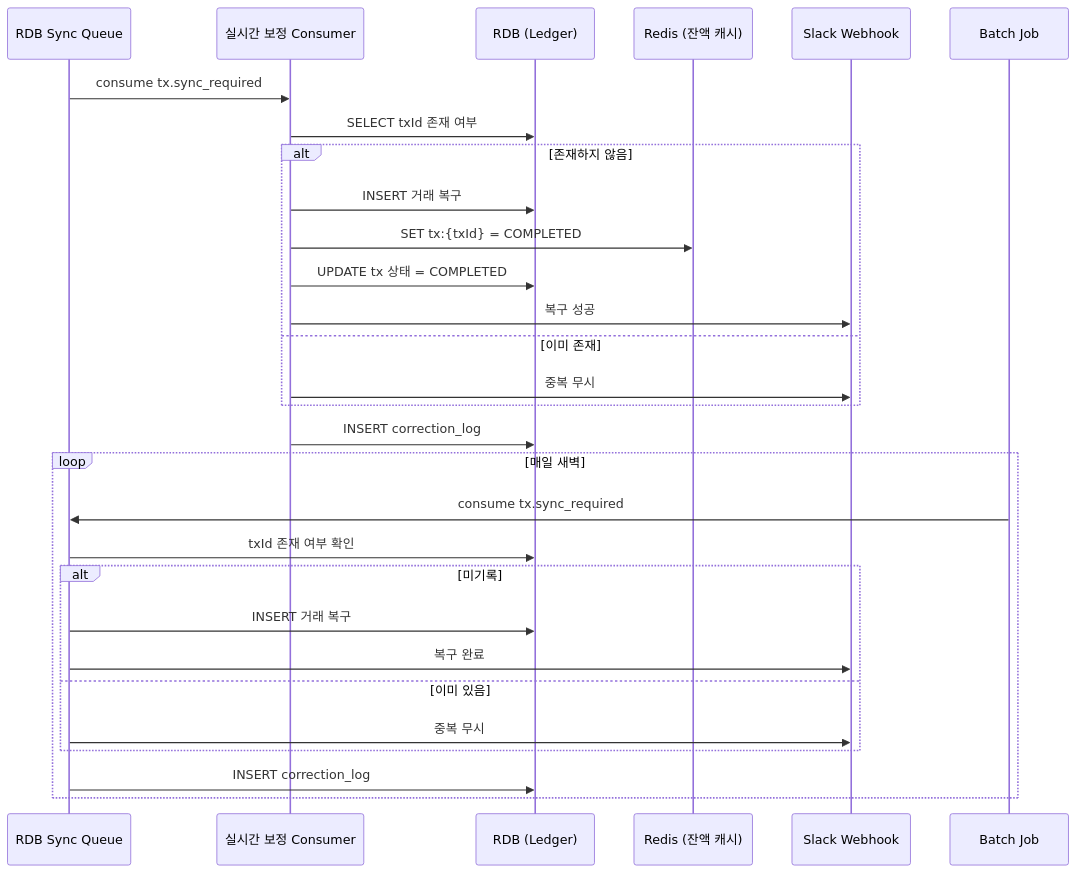
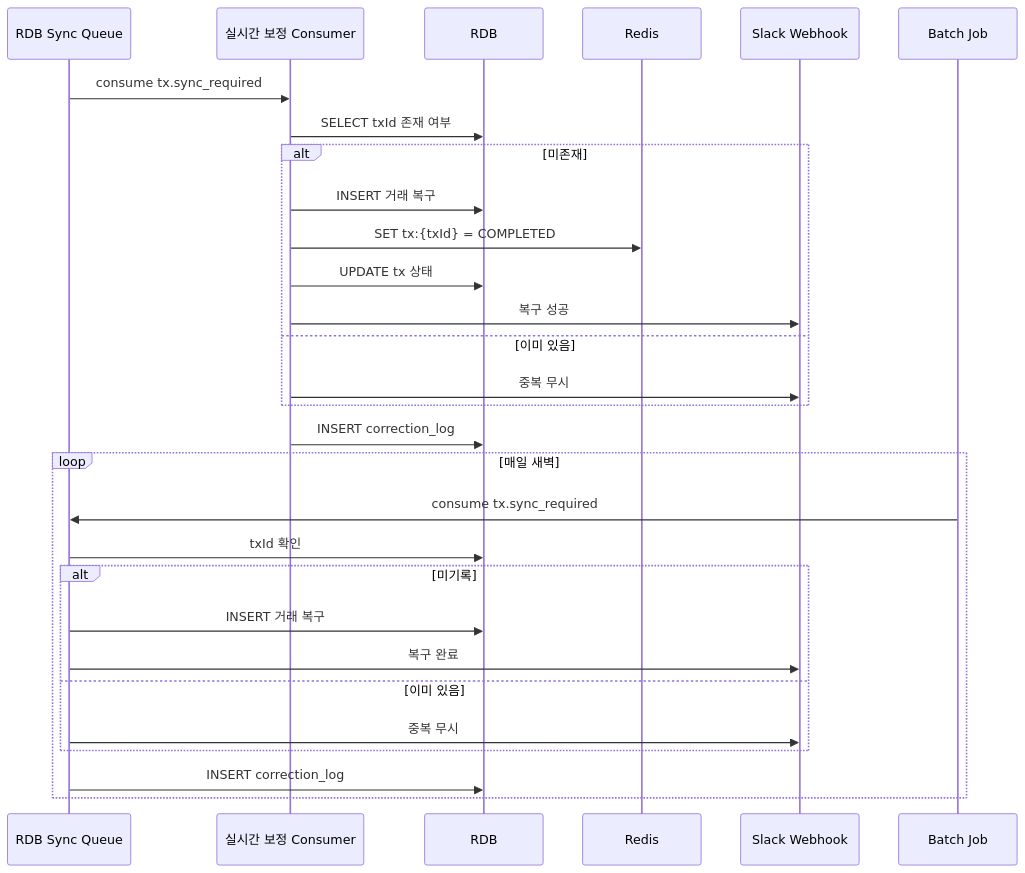
One commit to hyungkishin/FDS-System changed the sixth of 7 diagrams in GUIDE.md. Above: the diagram before and after it, drawn with Mermaid. The commit also changed other lines of this file, not shown here.

Commit message:
refactor: 시퀀스 다이어그램 단계별 분리

````diff
--- a/GUIDE.md
+++ b/GUIDE.md
@@ -153,33 +168,33 @@
 ```mermaid
 sequenceDiagram
     participant SyncQ as RDB Sync Queue
     participant SyncConsumer as 실시간 보정 Consumer
-    participant RDB as RDB (Ledger)
-    participant Redis as Redis (잔액 캐시)
+    participant RDB as RDB
+    participant Redis as Redis
     participant Slack as Slack Webhook
     participant Batch as Batch Job
 
     SyncQ->>SyncConsumer: consume tx.sync_required
     SyncConsumer->>RDB: SELECT txId 존재 여부
-    alt 존재하지 않음
+    alt 미존재
         SyncConsumer->>RDB: INSERT 거래 복구
         SyncConsumer->>Redis: SET tx:{txId} = COMPLETED
-        SyncConsumer->>RDB: UPDATE tx 상태 = COMPLETED
+        SyncConsumer->>RDB: UPDATE tx 상태
         SyncConsumer->>Slack: 복구 성공
-    else 이미 존재
+    else 이미 있음
         SyncConsumer->>Slack: 중복 무시
     end
     SyncConsumer->>RDB: INSERT correction_log
 
     loop 매일 새벽
         Batch->>SyncQ: consume tx.sync_required
-        SyncQ->>RDB: txId 존재 여부 확인
+        SyncQ->>RDB: txId 확인
         alt 미기록
             SyncQ->>RDB: INSERT 거래 복구
             SyncQ->>Slack: 복구 완료
         else 이미 있음
             SyncQ->>Slack: 중복 무시
         end
         SyncQ->>RDB: INSERT correction_log
     end
 ```
````
